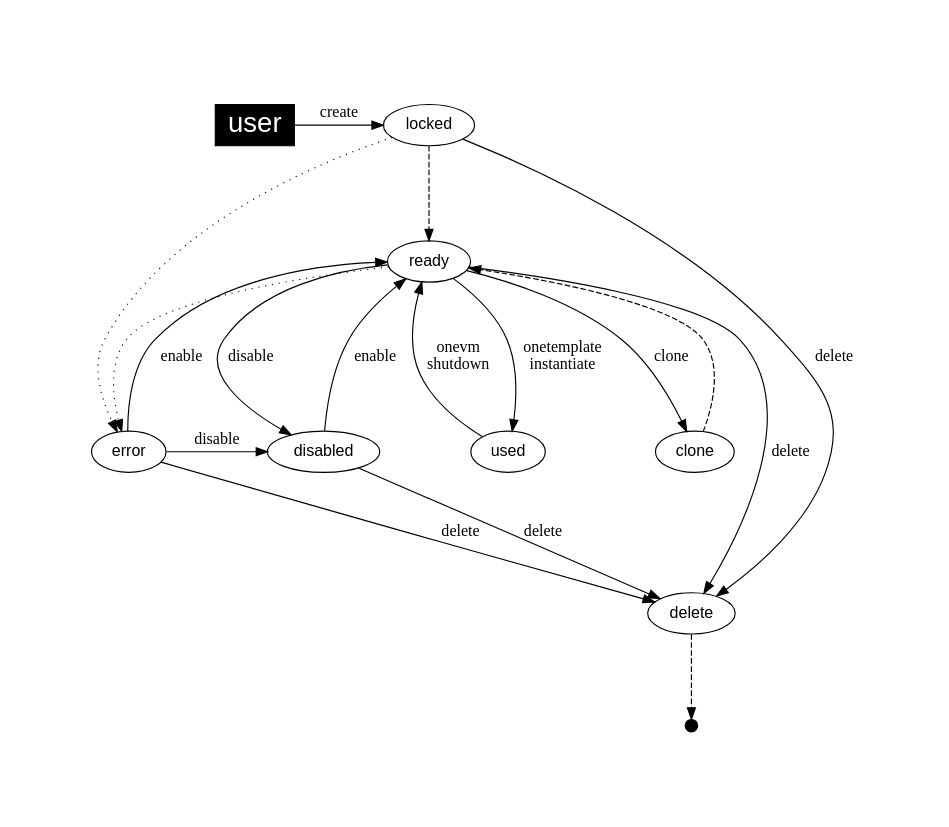
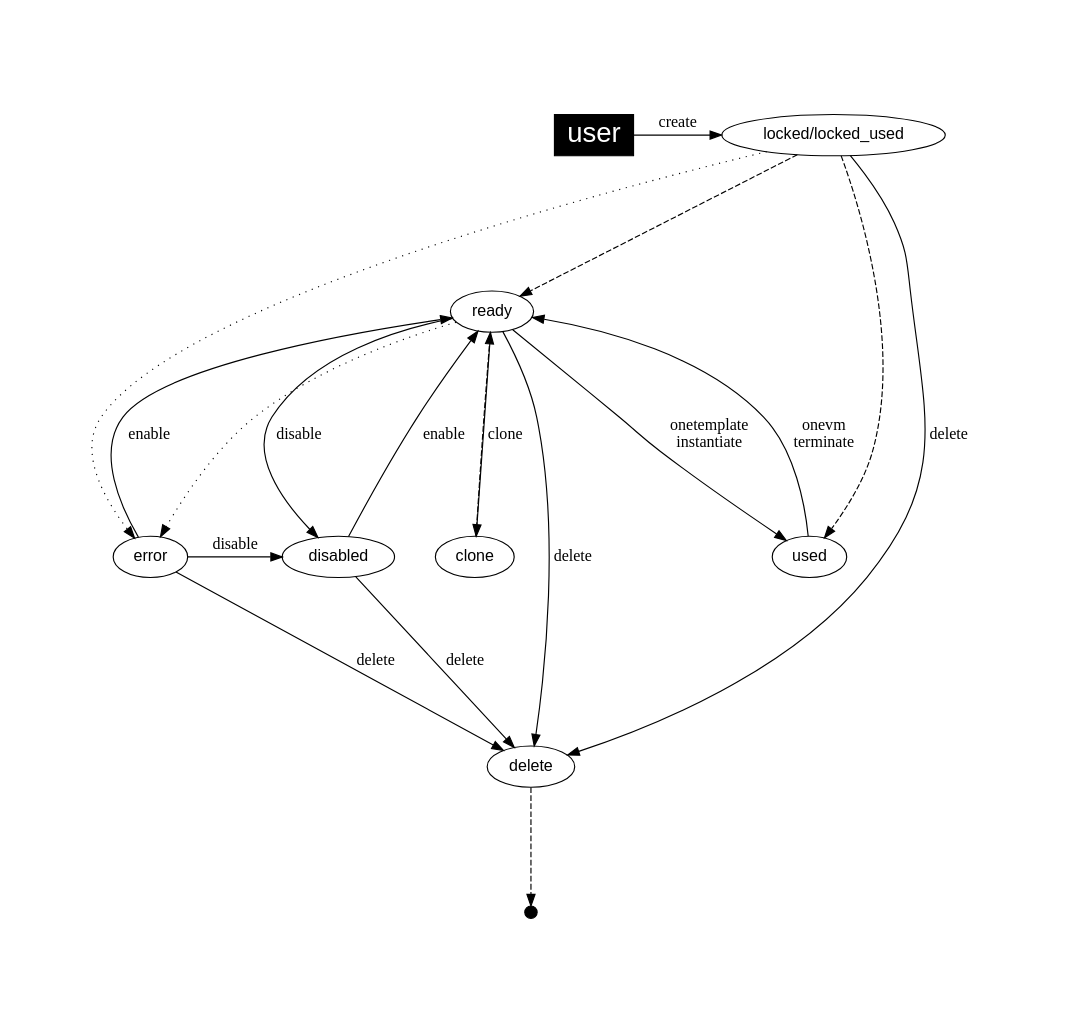
Before and after one commit to OpenNebula/one: the diagram in share/doc/states/image-persistent.dot, drawn with Graphviz. The commit also changed 1 other file, not shown here.

Commit message:
Add locked-used state to image state diagrams

```diff
--- a/share/doc/states/image-persistent.dot
+++ b/share/doc/states/image-persistent.dot
@@ -1,67 +1,68 @@
 
 
 digraph OpenNebula {
     graph [
         nodesep= 0.5,
         ratio=1,
         pad=1,
     ];
 
     node [fontname="Helvetica"];
     edge [fontname="Menlo"];
     
     user [
         fillcolor="black",
         style="filled", shape="box",
         fontcolor="white", fontsize= "24.0"];
 
     end [ width=0.15, height=0.15, shape=point ];
 
 #    subgraph { rank = min; user; locked}
 #    subgraph { rank = same; ready; color="white"}
 #    subgraph { rank = same; used; clone; disabled; color="white"}
 #    subgraph { rank = same; delete; error; color="white"}
 #    subgraph { rank = max; end; color="white"}
 
-    subgraph { rank = min; user; locked}
+    subgraph { rank = min; user; "locked/locked_used"}
     subgraph { rank = same; ready; color="white"}
     subgraph { rank = same; used; clone; color="white"}
     subgraph { rank = same; error; disabled; color="white"}
     subgraph { rank = same; delete; color="white"}
     subgraph { rank = max; end; color="white"}
 
 #   create
-    user        -> locked [label="create"];
-    locked      -> ready [style="dashed"];
+    user                    -> "locked/locked_used" [label="create"];
+    "locked/locked_used"    -> ready [style="dashed"];
+    "locked/locked_used"    -> used [style="dashed"];
 
 #   enable & disable
     ready       -> disabled [label="disable"];
     error       -> disabled [label="disable"];
     disabled    -> ready [label="enable"];
     error       -> ready [label="enable"];
 
 #   template instantiate
     ready       -> used [label="onetemplate\ninstantiate"];
-    used        -> ready [label="onevm\nshutdown"];
+    used        -> ready [label="onevm\nterminate"];
 #### ^ persis, v non-persis
 #    used        -> used [label="onetemplate\ninstantiate"];
 
 #   clone
     ready       -> clone [label="clone"];
     clone       -> ready [style="dashed"];
 #### ^ persis, v non-persis
 #    ready       -> used [label="clone"];
 #    used        -> used [label="clone"];
 #    used        -> ready [style="dashed"];
 
 #   delete
-    ready       -> delete [label="delete"];
-    disabled    -> delete [label="delete"];
-    locked      -> delete [label="delete"];
-    error       -> delete [label="delete"];
-    delete      -> end [style="dashed"];
+    ready                 -> delete [label="delete"];
+    disabled              -> delete [label="delete"];
+    "locked/locked_used"  -> delete [label="delete"];
+    error                 -> delete [label="delete"];
+    delete                -> end [style="dashed"];
 
 #   failures and misc.
-    ready       -> error [style="dotted"];
-    locked      -> error [style="dotted"];
+    ready                 -> error [style="dotted"];
+    "locked/locked_used"  -> error [style="dotted"];
 }
```
